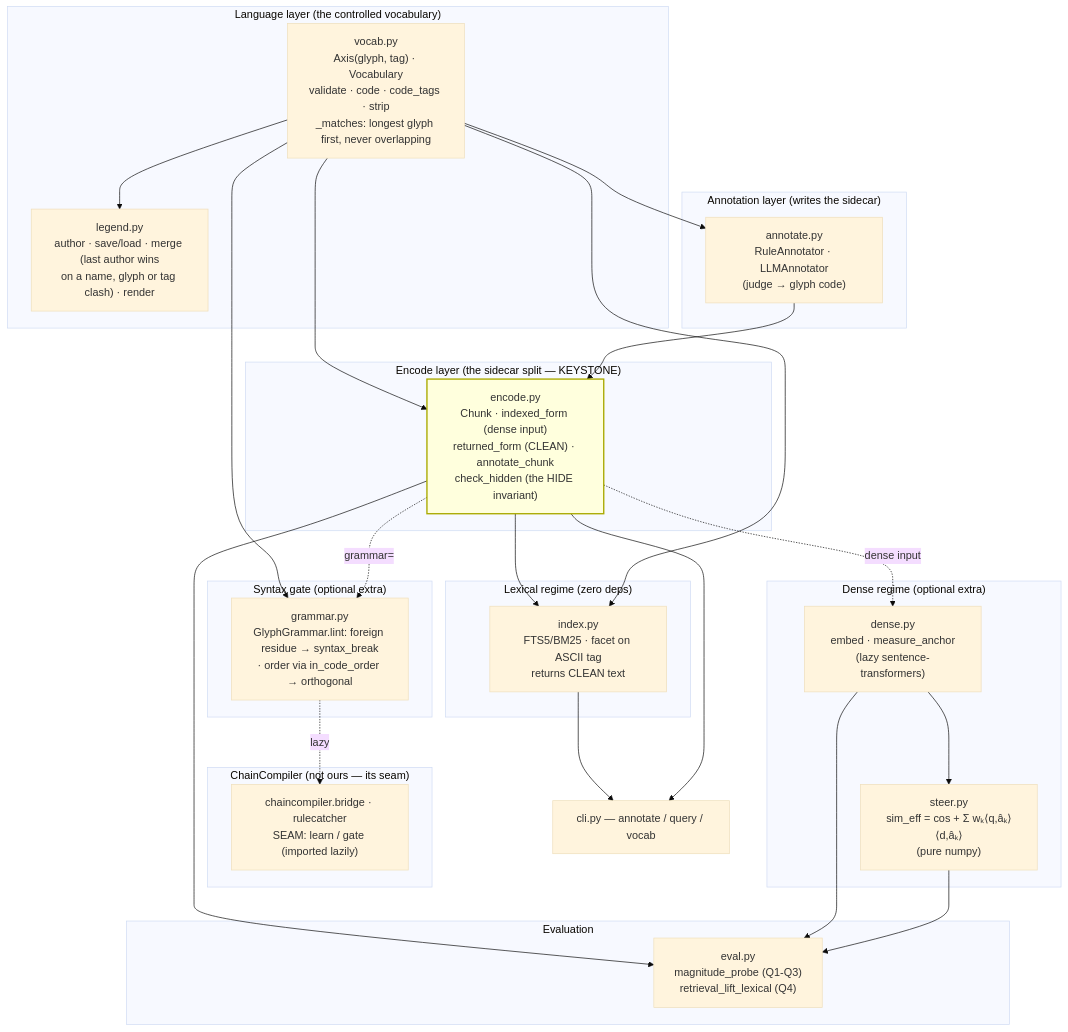
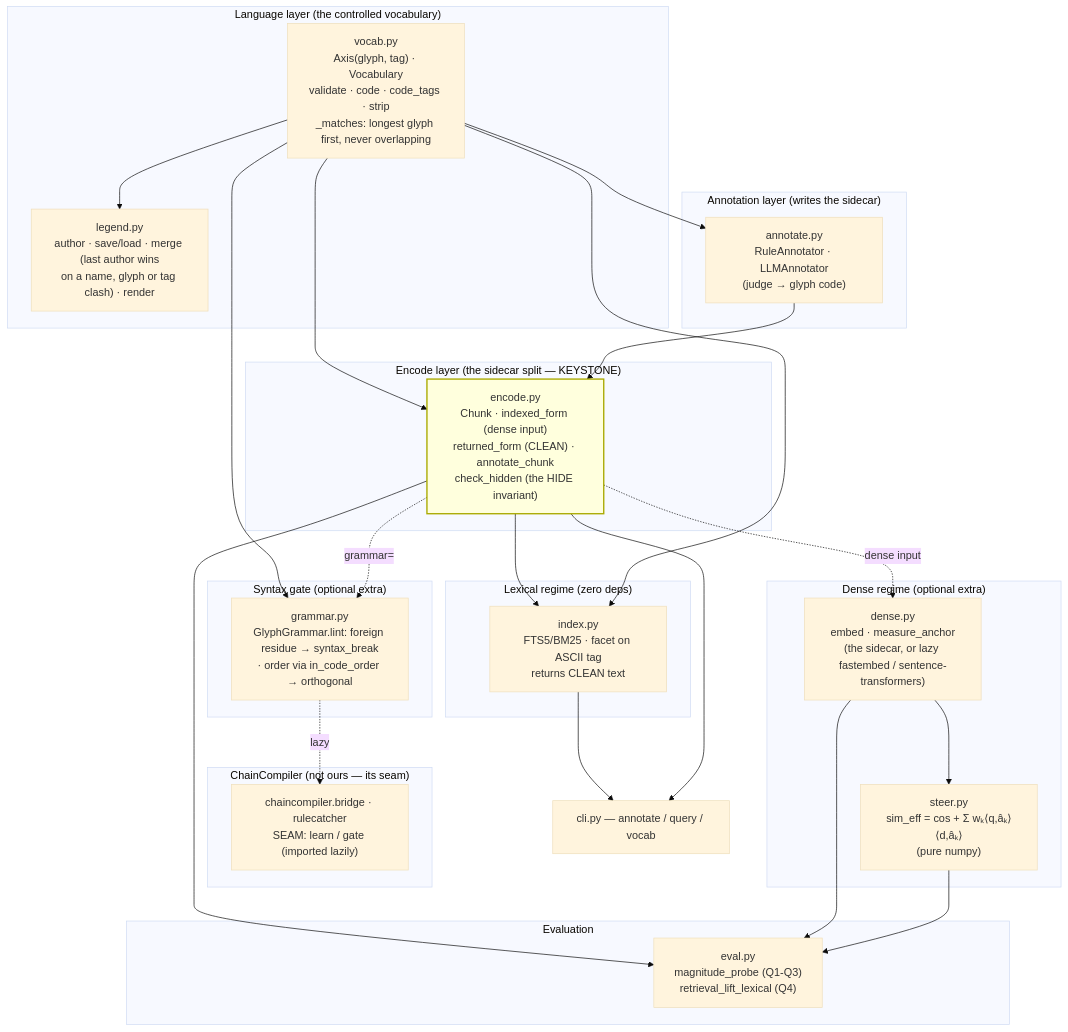
The first of 3 diagrams in packages/glyphsteer/.claude/rules/10-architecture-components.md (sancovp/chaincompiler), drawn with Mermaid (base theme) before and after one commit. The commit also changed other lines of this file and 13 other files, not shown here.

````diff
--- a/packages/glyphsteer/.claude/rules/10-architecture-components.md
+++ b/packages/glyphsteer/.claude/rules/10-architecture-components.md
@@ -7,58 +7,58 @@
 ```mermaid
 flowchart TB
     subgraph lang["Language layer (the controlled vocabulary)"]
         vocab["vocab.py<br/>Axis(glyph, tag) · Vocabulary<br/>validate · code · code_tags · strip<br/>_matches: longest glyph first, never overlapping"]
         legend["legend.py<br/>author · save/load · merge (last author wins<br/>on a name, glyph or tag clash) · render"]
     end
 
     subgraph gate["Syntax gate (optional extra)"]
         grammar["grammar.py<br/>GlyphGrammar.lint: foreign residue → syntax_break<br/>· order via in_code_order → orthogonal"]
     end
 
     subgraph ext["ChainCompiler (not ours — its seam)"]
         rc["chaincompiler.bridge · rulecatcher<br/>SEAM: learn / gate (imported lazily)"]
     end
 
     subgraph annot["Annotation layer (writes the sidecar)"]
         annotate["annotate.py<br/>RuleAnnotator · LLMAnnotator<br/>(judge → glyph code)"]
     end
 
     subgraph core["Encode layer (the sidecar split — KEYSTONE)"]
         encode["encode.py<br/>Chunk · indexed_form (dense input)<br/>returned_form (CLEAN) · annotate_chunk<br/>check_hidden (the HIDE invariant)"]
     end
 
     subgraph lex["Lexical regime (zero deps)"]
         index["index.py<br/>FTS5/BM25 · facet on ASCII tag<br/>returns CLEAN text"]
     end
 
     subgraph dense["Dense regime (optional extra)"]
-        denseM["dense.py<br/>embed · measure_anchor<br/>(lazy sentence-transformers)"]
+        denseM["dense.py<br/>embed · measure_anchor<br/>(the sidecar, or lazy fastembed / sentence-transformers)"]
         steer["steer.py<br/>sim_eff = cos + Σ wₖ⟨q,âₖ⟩⟨d,âₖ⟩<br/>(pure numpy)"]
     end
 
     subgraph evalL["Evaluation"]
         evalm["eval.py<br/>magnitude_probe (Q1-Q3)<br/>retrieval_lift_lexical (Q4)"]
     end
 
     cli["cli.py — annotate / query / vocab"]
 
     vocab --> annotate
     vocab --> encode
     vocab --> legend
     vocab --> grammar
     grammar -.lazy.-> rc
     encode -.grammar=.-> grammar
     annotate --> encode
     encode --> index
     encode --> evalm
     vocab --> index
     denseM --> steer
     denseM --> evalm
     steer --> evalm
     encode -.dense input.-> denseM
     index --> cli
     encode --> cli
 
     classDef key fill:#ffd,stroke:#aa0,stroke-width:2px;
     class encode key;
 ```
````
